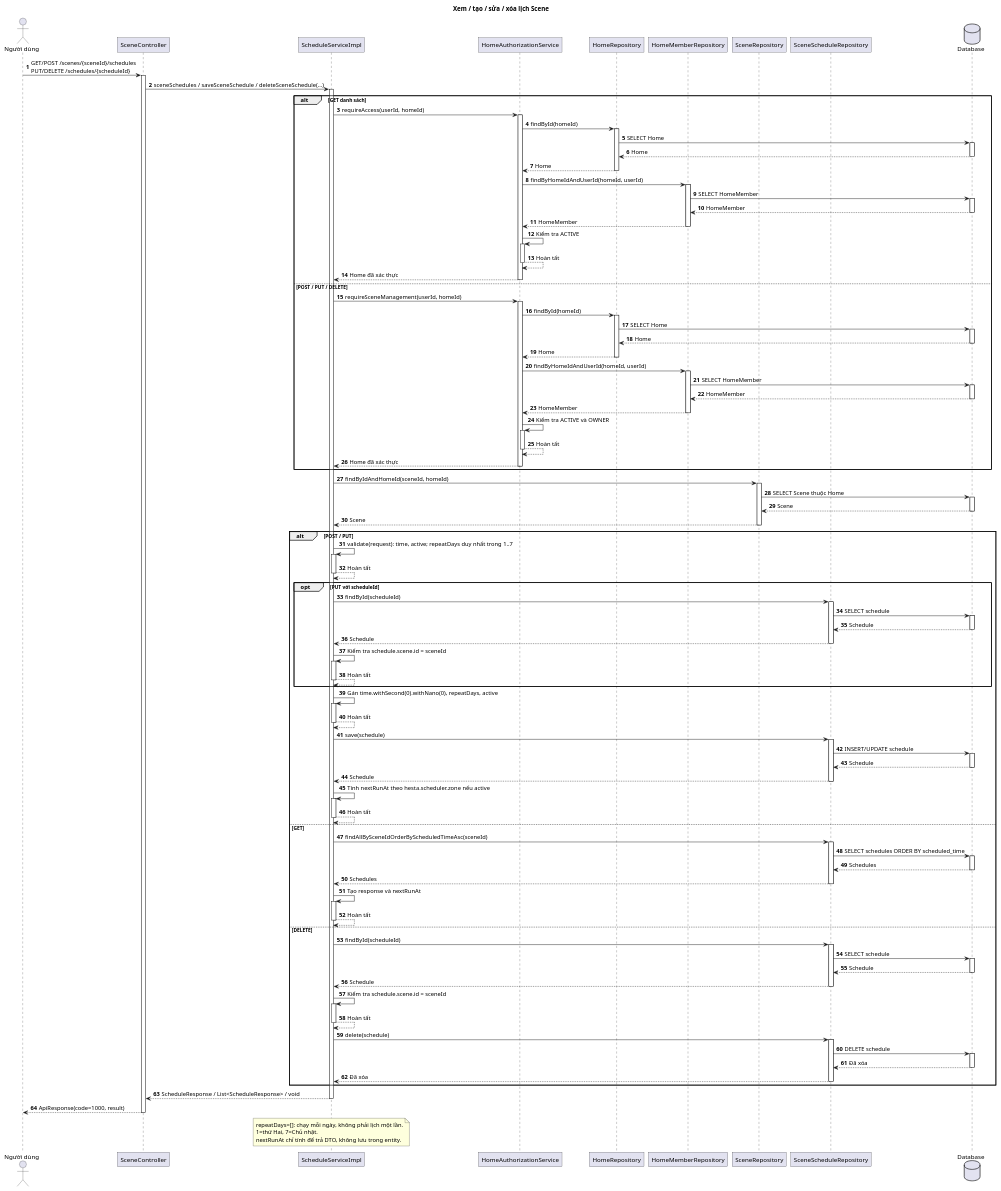
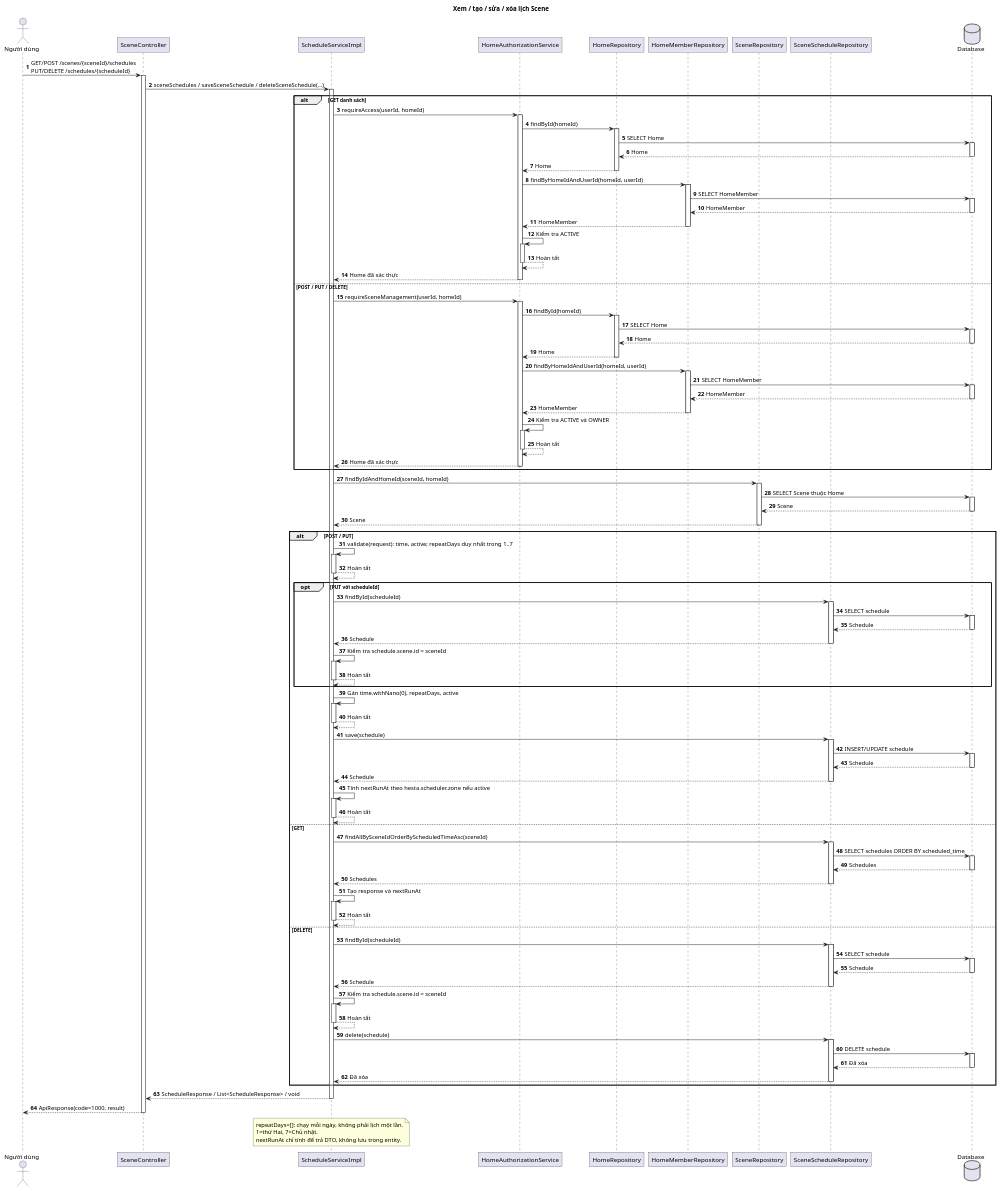
Diagram 12 of 13 in docs/SCENE_CRUD_DIAGRAMS.md (diethon/backend_hesta), drawn with PlantUML before and after one commit. The commit also changed other lines of this file and 2 other files, not shown here.

Commit message:
docs: describe per-second scheduler runs in automation and scene diagrams

```diff
--- a/docs/SCENE_CRUD_DIAGRAMS.md
+++ b/docs/SCENE_CRUD_DIAGRAMS.md
@@ -1375,7 +1375,7 @@
 Schedule --> Schedule: Hoàn tất
 deactivate Schedule
 end
-Schedule -> Schedule: Gán time.withSecond(0).withNano(0), repeatDays, active
+Schedule -> Schedule: Gán time.withNano(0), repeatDays, active
 activate Schedule
 Schedule --> Schedule: Hoàn tất
 deactivate Schedule
```
